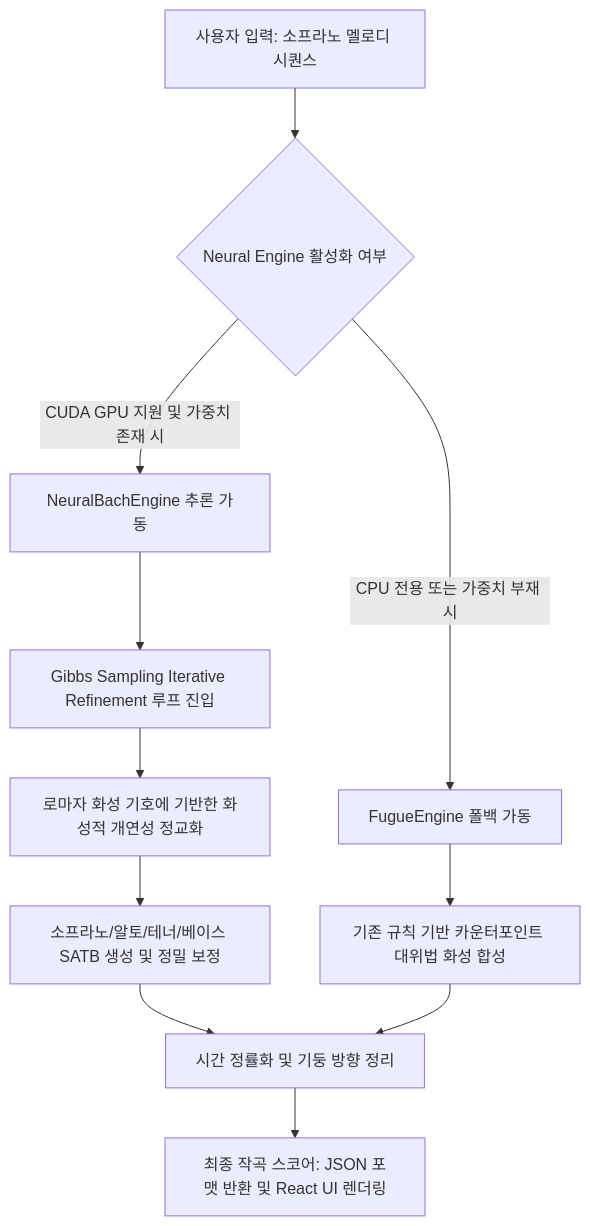
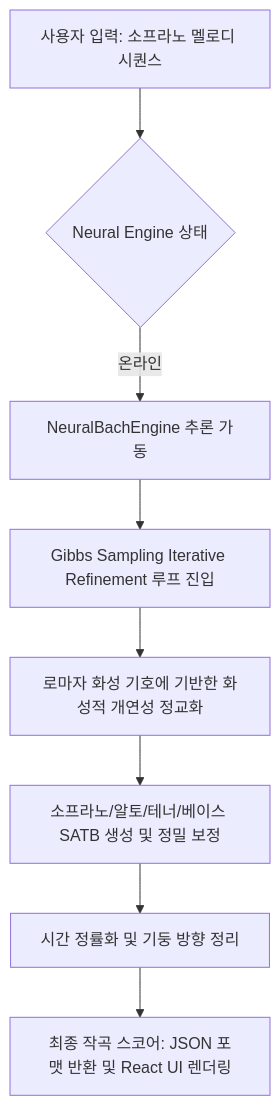
Before and after one commit to HyunchanAn/Like_Bach: the diagram in docs/ARCHITECTURE.md, drawn with Mermaid. The commit also changed other lines of this file and 11 other files, not shown here.

````diff
--- a/docs/ARCHITECTURE.md
+++ b/docs/ARCHITECTURE.md
@@ -9,16 +9,12 @@
 ```mermaid
 graph TD
-    A[사용자 입력: 소프라노 멜로디 시퀀스] --> B{Neural Engine 활성화 여부}
-    B -- CUDA GPU 지원 및 가중치 존재 시 --> C[NeuralBachEngine 추론 가동]
-    B -- CPU 전용 또는 가중치 부재 시 --> D[FugueEngine 폴백 가동]
+    A[사용자 입력: 소프라노 멜로디 시퀀스] --> B{Neural Engine 상태}
+    B -- 온라인 --> C[NeuralBachEngine 추론 가동]
     
     C --> E[Gibbs Sampling Iterative Refinement 루프 진입]
     E --> F[로마자 화성 기호에 기반한 화성적 개연성 정교화]
     F --> G[소프라노/알토/테너/베이스 SATB 생성 및 정밀 보정]
     
-    D --> H[기존 규칙 기반 카운터포인트 대위법 화성 합성]
-    
     G --> I[시간 정률화 및 기둥 방향 정리]
-    H --> I
     I --> J[최종 작곡 스코어: JSON 포맷 반환 및 React UI 렌더링]
 ```
````
